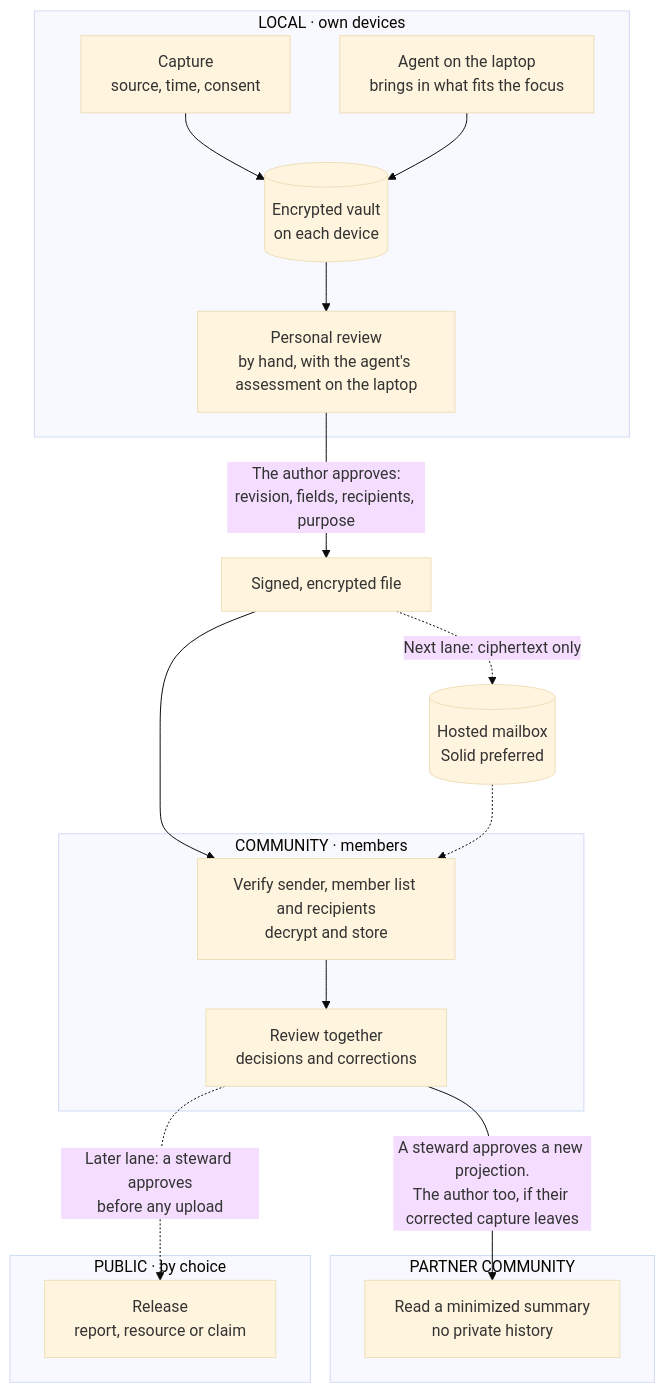
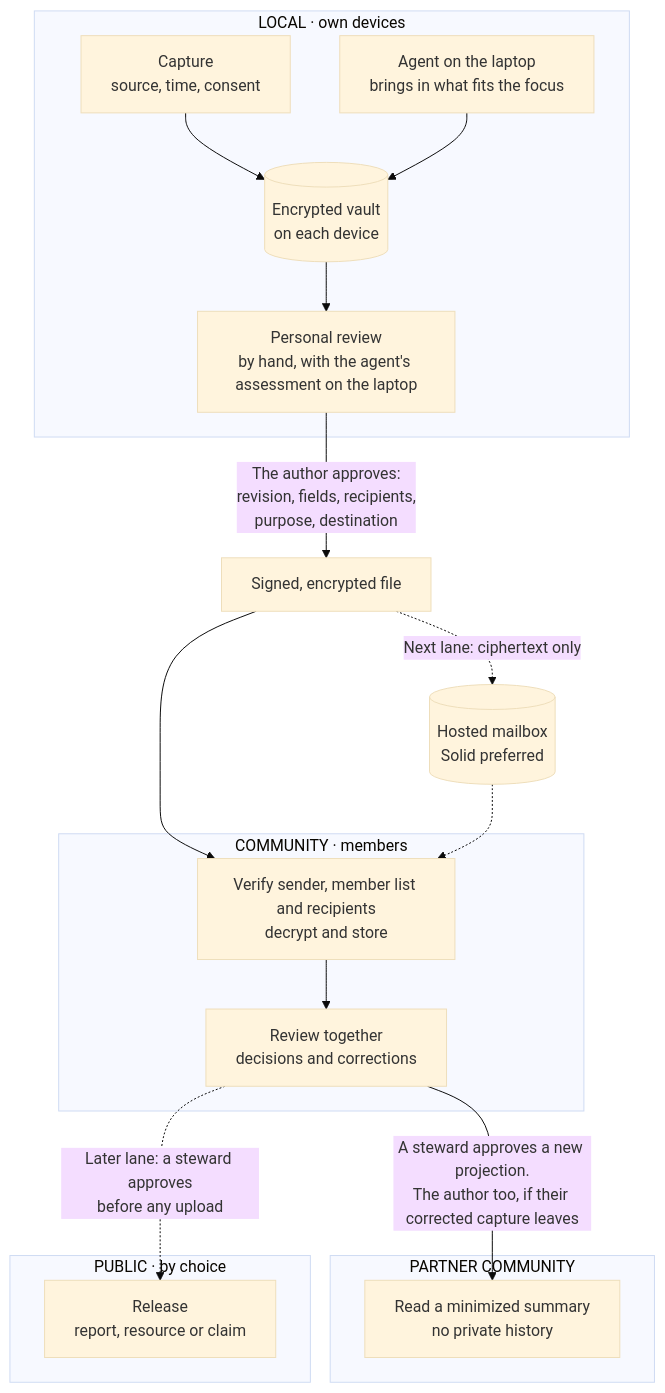
Before and after one commit to greenpill-dev-guild/green-goods: the first of 14 diagrams in .plans/ideas/grove/architecture-flows.md, drawn with Mermaid (base theme). The commit also changed other lines of this file and 5 other files, not shown here.

````diff
--- a/.plans/ideas/grove/architecture-flows.md
+++ b/.plans/ideas/grove/architecture-flows.md
@@ -7,23 +7,23 @@
 ```mermaid
 flowchart TB
   subgraph LOCAL["LOCAL · own devices"]
     Cap["Capture<br/>source, time, consent"] --> Vault[("Encrypted vault<br/>on each device")]
     Agent["Agent on the laptop<br/>brings in what fits the focus"] --> Vault
     Vault --> PRev["Personal review<br/>by hand, with the agent's assessment on the laptop"]
   end
   subgraph COMMUNITY["COMMUNITY · members"]
     Recv["Verify sender, member list and recipients<br/>decrypt and store"] --> CRev["Review together<br/>decisions and corrections"]
   end
   subgraph PARTNER["PARTNER COMMUNITY"]
     PSum["Read a minimized summary<br/>no private history"]
   end
   subgraph PUBLIC["PUBLIC · by choice"]
     Rel["Release<br/>report, resource or claim"]
   end
-  PRev -->|"The author approves:<br/>revision, fields, recipients, purpose"| File["Signed, encrypted file"]
+  PRev -->|"The author approves:<br/>revision, fields, recipients,<br/>purpose, destination"| File["Signed, encrypted file"]
   File --> Recv
   File -.->|"Next lane: ciphertext only"| Box[("Hosted mailbox<br/>Solid preferred")]
   Box -.-> Recv
   CRev -->|"A steward approves a new projection.<br/>The author too, if their corrected capture leaves"| PSum
   CRev -.->|"Later lane: a steward approves<br/>before any upload"| Rel
 ```
````
